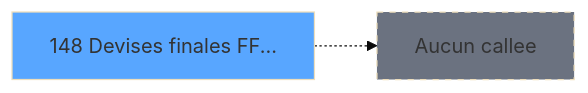
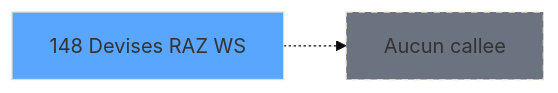
The third of 3 diagrams in .openspec/specs/ADH-IDE-148.md (thonyAGP/lecteur-magic), drawn with Mermaid (base theme) before and after one commit. The commit also changed other lines of this file and 493 other files, not shown here.

````diff
--- a/.openspec/specs/ADH-IDE-148.md
+++ b/.openspec/specs/ADH-IDE-148.md
@@ -168,8 +261,8 @@
 ```mermaid
 graph LR
-    T148[148 Devises finales FF...]
+    T148[148 Devises RAZ WS]
     style T148 fill:#58a6ff
     NONE[Aucun callee]
     T148 -.-> NONE
     style NONE fill:#6b7280,stroke-dasharray: 5 5
 ```
````
